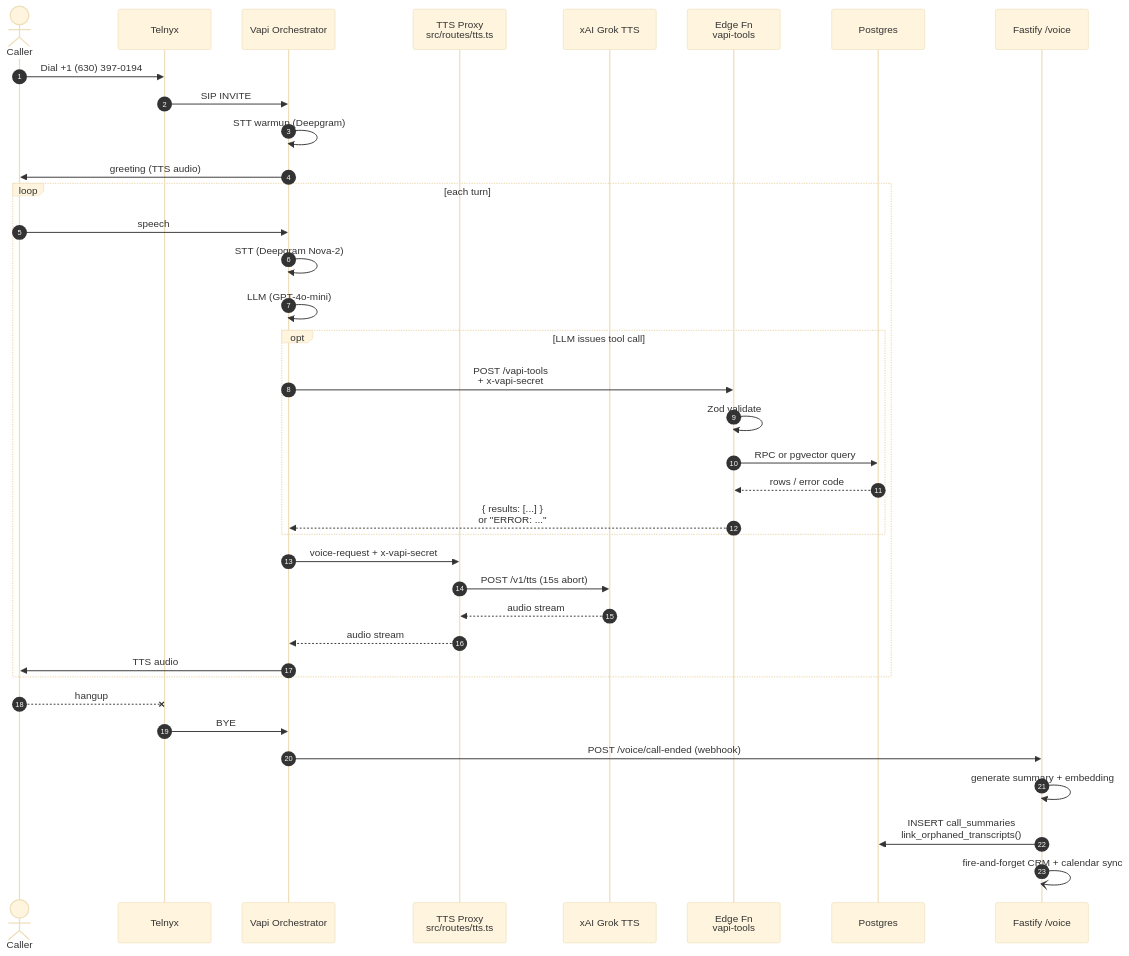
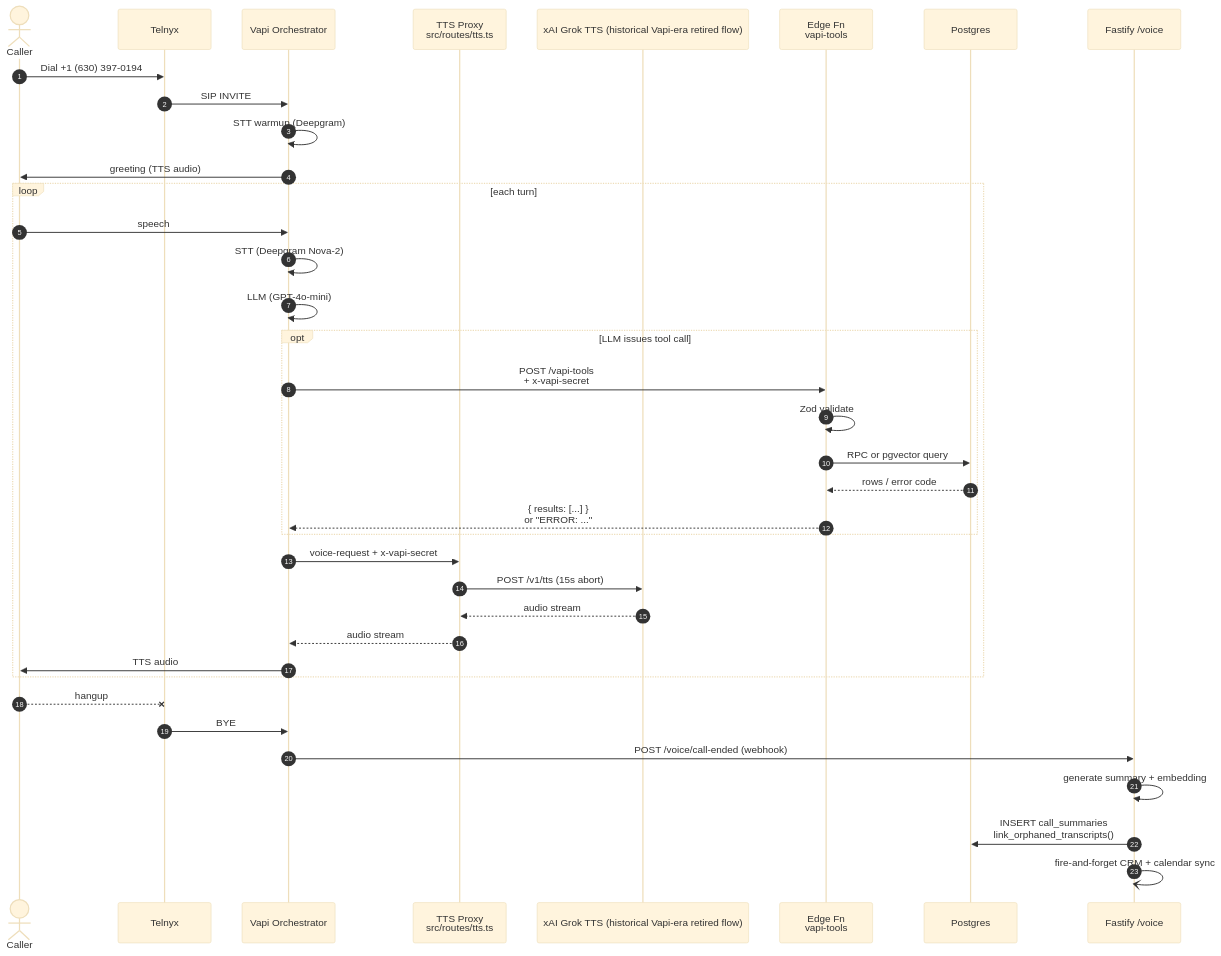
The diagram in docs/diagrams/03-voice-call-current.mmd (ddemott/ai-sec), drawn with Mermaid (base theme) before and after one commit. The commit also changed 26 other files, not shown here.

First line of the commit message:
docs: voice agent playbook + sync md/diagrams to OpenAI-TTS state & correct counts (#111)

```diff
--- a/docs/diagrams/03-voice-call-current.mmd
+++ b/docs/diagrams/03-voice-call-current.mmd
@@ -1,40 +1,40 @@
 sequenceDiagram
   autonumber
   actor Caller
   participant Telnyx
   participant Vapi as Vapi Orchestrator
   participant TTS as TTS Proxy<br/>src/routes/tts.ts
-  participant XAI as xAI Grok TTS
+  participant XAI as xAI Grok TTS (historical Vapi-era retired flow)
   participant Edge as Edge Fn<br/>vapi-tools
   participant DB as Postgres
   participant API as Fastify /voice
 
   Caller->>Telnyx: Dial +1 (630) 397-0194
   Telnyx->>Vapi: SIP INVITE
   Vapi->>Vapi: STT warmup (Deepgram)
   Vapi->>Caller: greeting (TTS audio)
 
   loop each turn
     Caller->>Vapi: speech
     Vapi->>Vapi: STT (Deepgram Nova-2)
     Vapi->>Vapi: LLM (GPT-4o-mini)
     opt LLM issues tool call
       Vapi->>Edge: POST /vapi-tools<br/>+ x-vapi-secret
       Edge->>Edge: Zod validate
       Edge->>DB: RPC or pgvector query
       DB-->>Edge: rows / error code
       Edge-->>Vapi: { results: [...] }<br/>or "ERROR: ..."
     end
     Vapi->>TTS: voice-request + x-vapi-secret
     TTS->>XAI: POST /v1/tts (15s abort)
     XAI-->>TTS: audio stream
     TTS-->>Vapi: audio stream
     Vapi->>Caller: TTS audio
   end
 
   Caller--xTelnyx: hangup
   Telnyx->>Vapi: BYE
   Vapi->>API: POST /voice/call-ended (webhook)
   API->>API: generate summary + embedding
   API->>DB: INSERT call_summaries<br/>link_orphaned_transcripts()
   API-)API: fire-and-forget CRM + calendar sync
```
